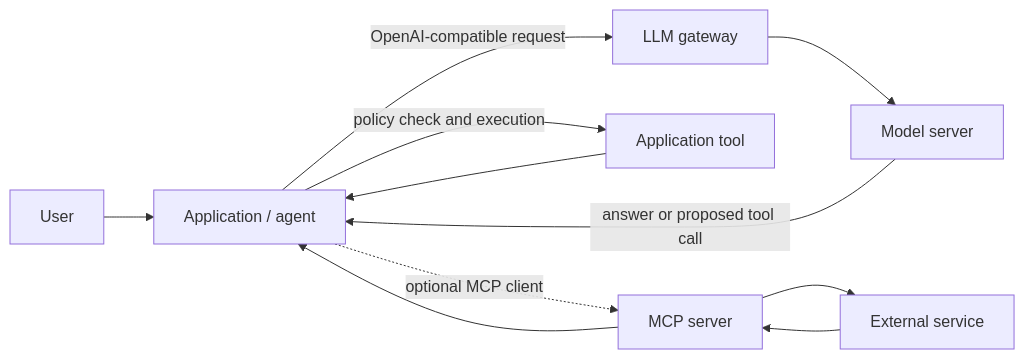
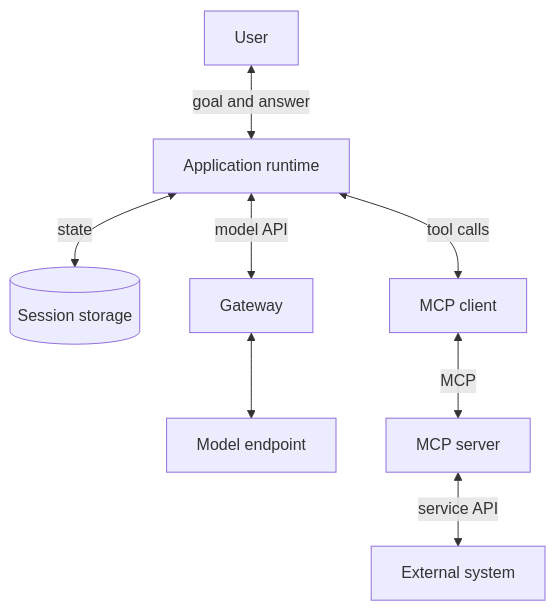
Before and after one commit to chanjunren/chanjunren.github.io: the diagram in www/docs/zettelkasten/ai/ai_overview.md, drawn with Mermaid. The commit also changed other lines of this file and 12 other files, not shown here.

````diff
--- a/www/docs/zettelkasten/ai/ai_overview.md
+++ b/www/docs/zettelkasten/ai/ai_overview.md
@@ -45,12 +20,10 @@
 ```mermaid
-flowchart LR
-  U[User] --> A[Application / agent]
-  A -->|OpenAI-compatible request| G[LLM gateway]
-  G --> M[Model server]
-  M -->|answer or proposed tool call| A
-  A -->|policy check and execution| T[Application tool]
-  A -. optional MCP client .-> C[MCP server]
-  C --> X[External service]
-  T --> A
-  X --> C --> A
+flowchart TB
+  U[User] <-->|goal and answer| R[Application runtime]
+  R <-->|state| S[(Session storage)]
+  R <-->|model API| G[Gateway]
+  G <--> M[Model endpoint]
+  R <-->|tool calls| C[MCP client]
+  C <-->|MCP| E[MCP server]
+  E <-->|service API| D[External system]
 ```
````
